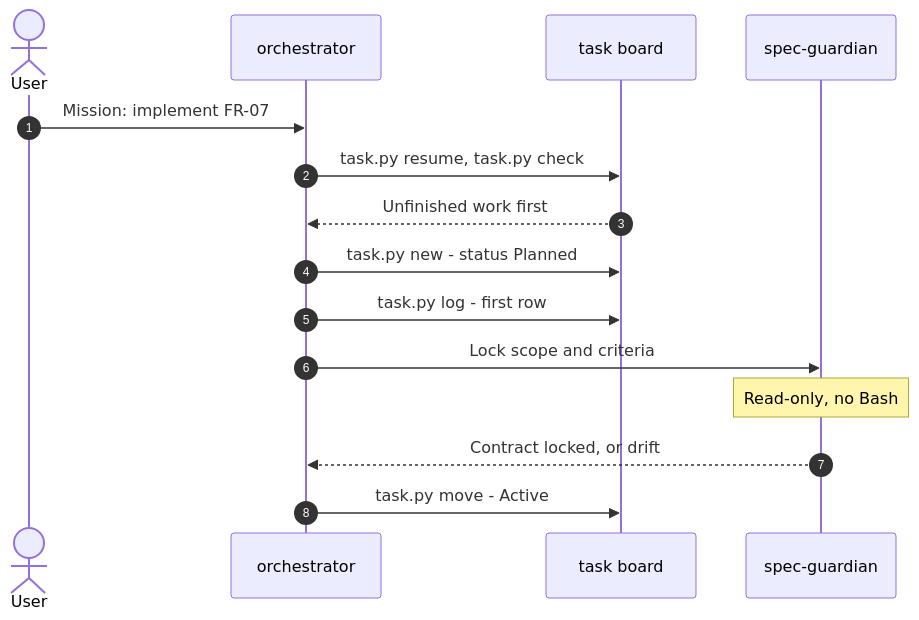
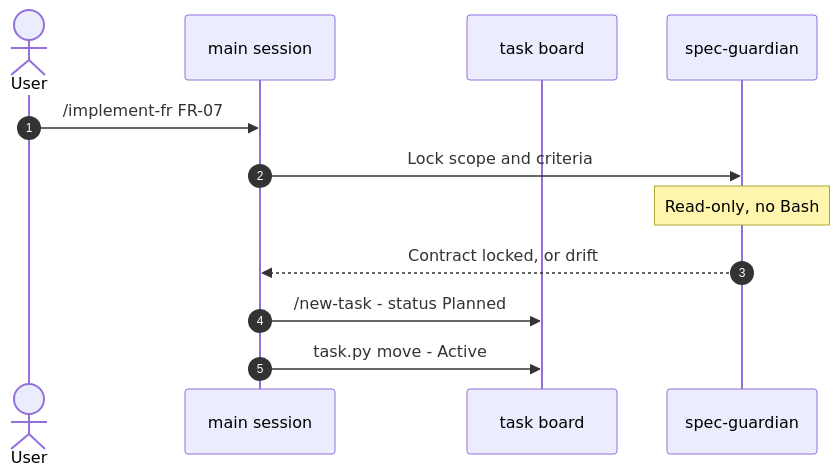
Before and after one commit to nguyenhx2/agent-harness-bootstrap: the ninth of 16 diagrams in docs/FLOWS.md, drawn with Mermaid. The commit also changed other lines of this file and 107 other files, not shown here.

````diff
--- a/docs/FLOWS.md
+++ b/docs/FLOWS.md
@@ -401,18 +419,15 @@
 ```mermaid
 sequenceDiagram
     autonumber
     actor User
-    participant Orch as orchestrator
+    participant Main as main session
     participant Board as task board
     participant Spec as spec-guardian
 
-    User->>Orch: Mission: implement FR-07
-    Orch->>Board: task.py resume, task.py check
-    Board-->>Orch: Unfinished work first
-    Orch->>Board: task.py new - status Planned
-    Orch->>Board: task.py log - first row
-    Orch->>Spec: Lock scope and criteria
+    User->>Main: /implement-fr FR-07
+    Main->>Spec: Lock scope and criteria
     Note over Spec: Read-only, no Bash
-    Spec-->>Orch: Contract locked, or drift
-    Orch->>Board: task.py move - Active
+    Spec-->>Main: Contract locked, or drift
+    Main->>Board: /new-task - status Planned
+    Main->>Board: task.py move - Active
 ```
````
